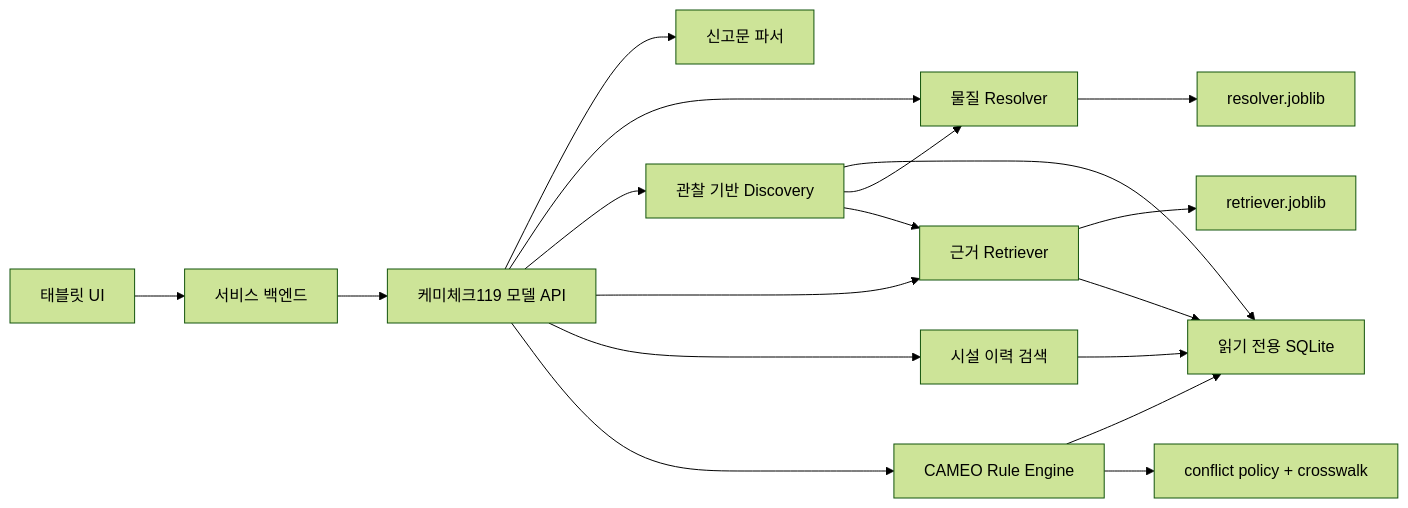
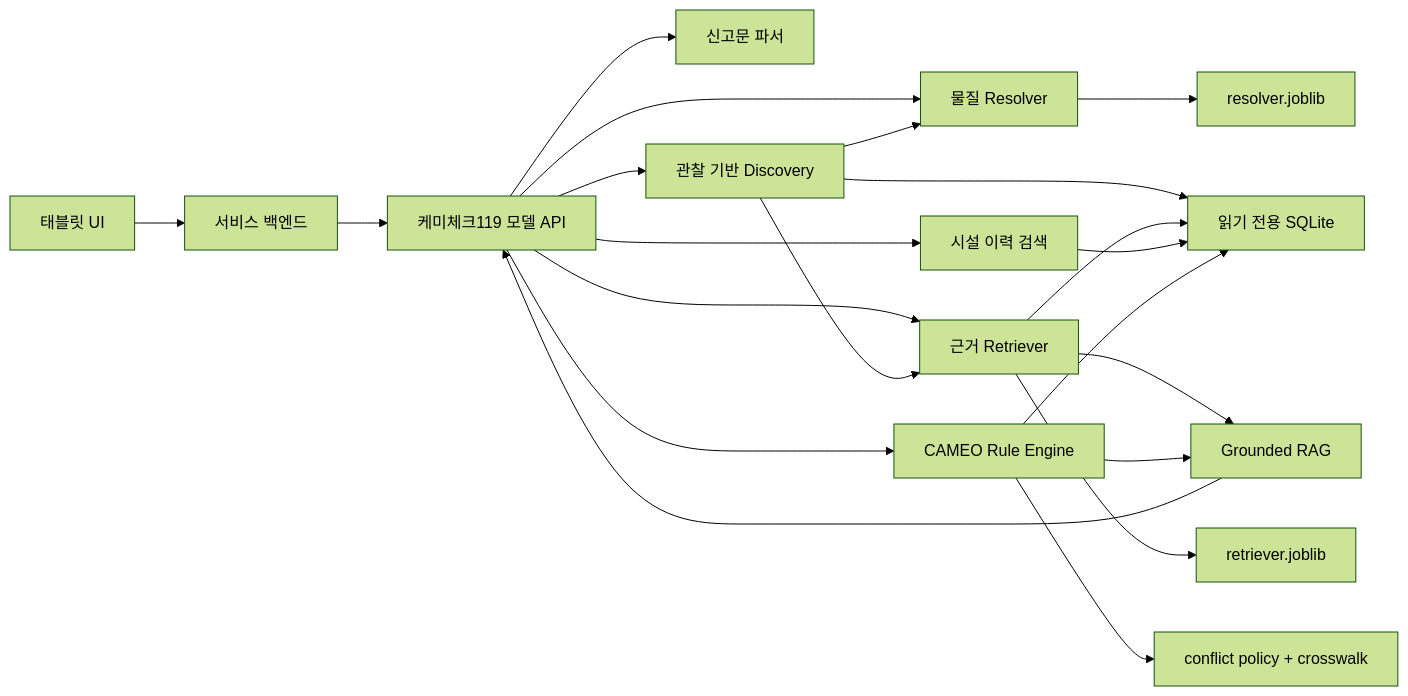
Before and after one commit to chemicheck119-lab/analysis-engine: the first of 3 diagrams in docs/ARCHITECTURE.md, drawn with Mermaid (forest theme). The commit also changed other lines of this file and 26 other files, not shown here.

````diff
--- a/docs/ARCHITECTURE.md
+++ b/docs/ARCHITECTURE.md
@@ -35,20 +36,23 @@
 ```mermaid
 flowchart LR
     FE["태블릿 UI"] --> BE["서비스 백엔드"]
     BE --> API["케미체크119 모델 API"]
     API --> PARSER["신고문 파서"]
     API --> RESOLVER["물질 Resolver"]
     API --> DISCOVERY["관찰 기반 Discovery"]
     API --> RETRIEVER["근거 Retriever"]
     API --> FACILITY["시설 이력 검색"]
     API --> RULES["CAMEO Rule Engine"]
+    RETRIEVER --> RAG["Grounded RAG"]
+    RULES --> RAG
+    RAG --> API
     RESOLVER --> MODEL["resolver.joblib"]
     DISCOVERY --> DB
     DISCOVERY --> RESOLVER
     DISCOVERY --> RETRIEVER
     RETRIEVER --> SEARCHMODEL["retriever.joblib"]
     RETRIEVER --> DB["읽기 전용 SQLite"]
     FACILITY --> DB
     RULES --> DB
     RULES --> POLICY["conflict policy + crosswalk"]
 ```
````
